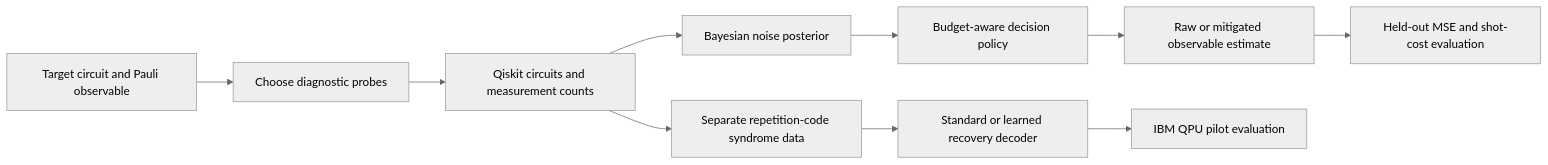
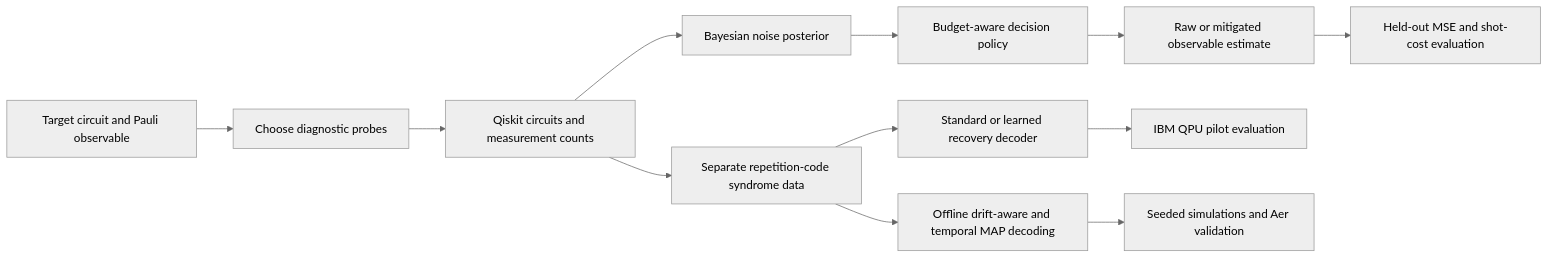
The diagram in README.md (vtu-qiskit-fall-fest-2026/vtu-hc-quantum-bloom), drawn with Mermaid (neutral theme) before and after one commit. The commit also changed other lines of this file and 3 other files, not shown here.

````diff
--- a/README.md
+++ b/README.md
@@ -94,12 +94,14 @@
 ```mermaid
 flowchart LR
     A[Target circuit and Pauli observable] --> B[Choose diagnostic probes]
     B --> C[Qiskit circuits and measurement counts]
     C --> D[Bayesian noise posterior]
     D --> E[Budget-aware decision policy]
     E --> F[Raw or mitigated observable estimate]
     F --> G[Held-out MSE and shot-cost evaluation]
     C --> H[Separate repetition-code syndrome data]
     H --> I[Standard or learned recovery decoder]
     I --> J[IBM QPU pilot evaluation]
+    H --> K[Offline drift-aware and temporal MAP decoding]
+    K --> L[Seeded simulations and Aer validation]
 ```
````
